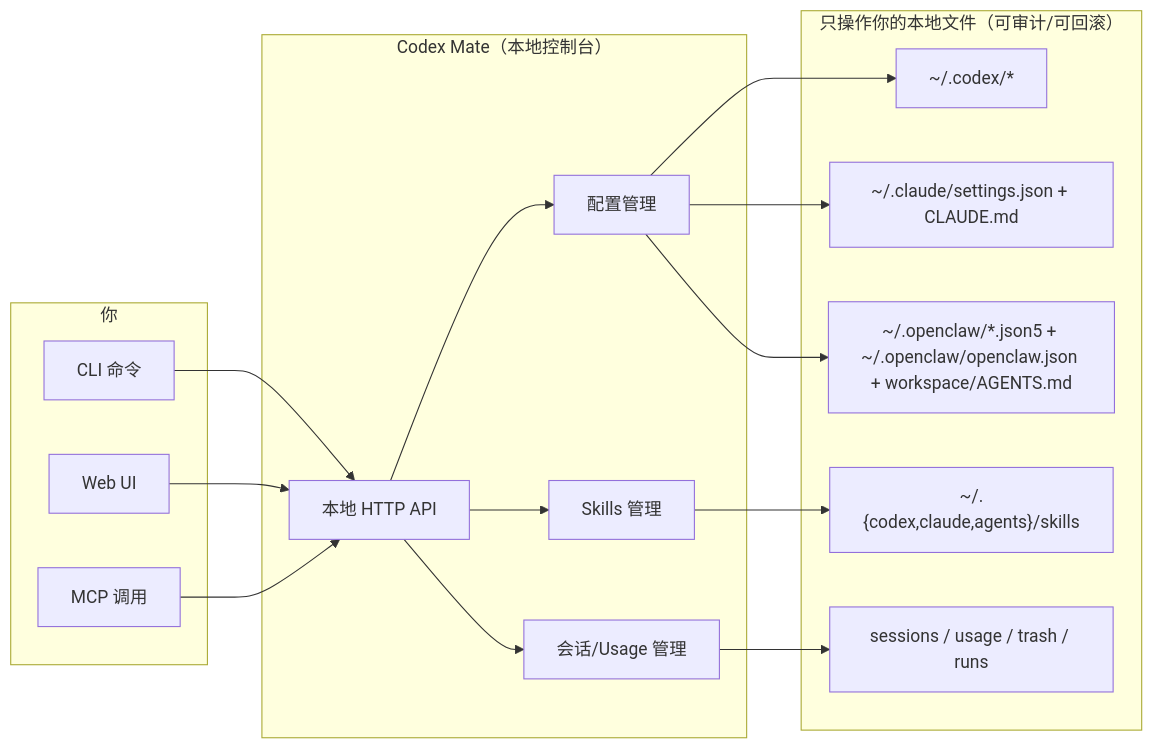
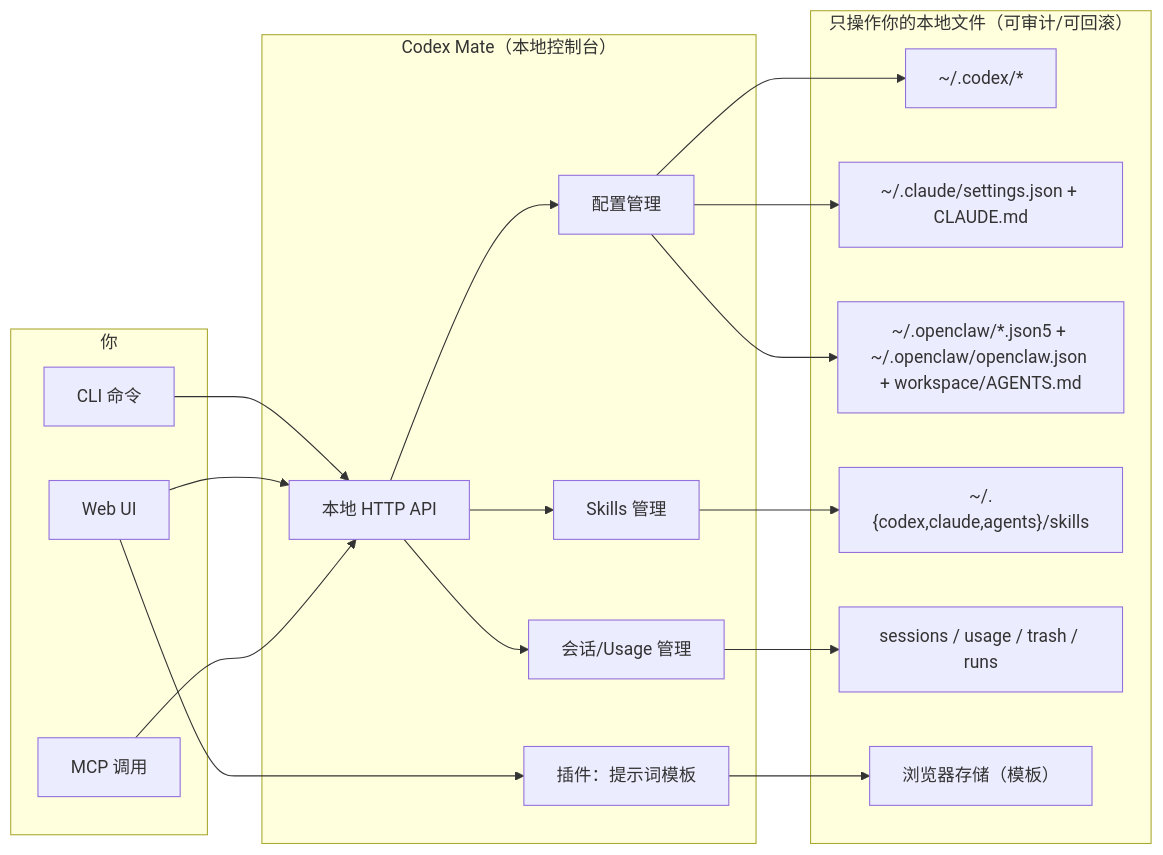
Before and after one commit to ymkiux/codexmate: the diagram in README.zh.md, drawn with Mermaid. The commit also changed other lines of this file and 1 other file, not shown here.

Commit message:
docs: include Plugins in architecture overview

````diff
--- a/README.zh.md
+++ b/README.zh.md
@@ -82,37 +82,41 @@
 ```mermaid
 flowchart LR
     subgraph You["你"]
       CLI["CLI 命令"]
       WEB["Web UI"]
       MCP["MCP 调用"]
     end
 
     subgraph Mate["Codex Mate（本地控制台）"]
       API["本地 HTTP API"]
       CFG["配置管理"]
       SESS["会话/Usage 管理"]
       SKL["Skills 管理"]
+      PLG["插件：提示词模板"]
     end
 
     subgraph Files["只操作你的本地文件（可审计/可回滚）"]
       CODEX["~/.codex/*"]
       CLAUDE["~/.claude/settings.json + CLAUDE.md"]
       OPENCLAW["~/.openclaw/*.json5 + ~/.openclaw/openclaw.json + workspace/AGENTS.md"]
       SKILLS["~/.{codex,claude,agents}/skills"]
       SESSFILES["sessions / usage / trash / runs"]
+      BROWSER["浏览器存储（模板）"]
     end
 
     CLI --> API
     WEB --> API
     MCP --> API
+    WEB --> PLG
 
     API --> CFG
     API --> SESS
     API --> SKL
+    PLG --> BROWSER
 
     CFG --> CODEX
     CFG --> CLAUDE
     CFG --> OPENCLAW
     SKL --> SKILLS
     SESS --> SESSFILES
 ```
````
